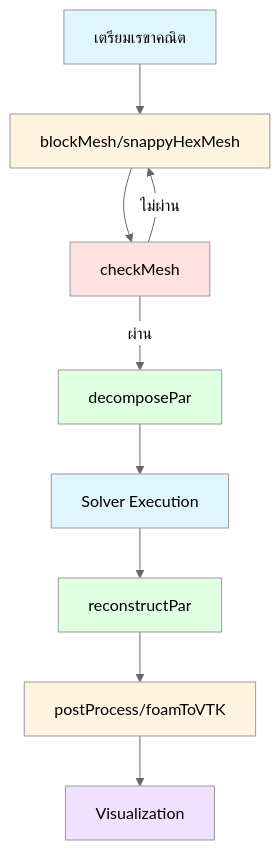
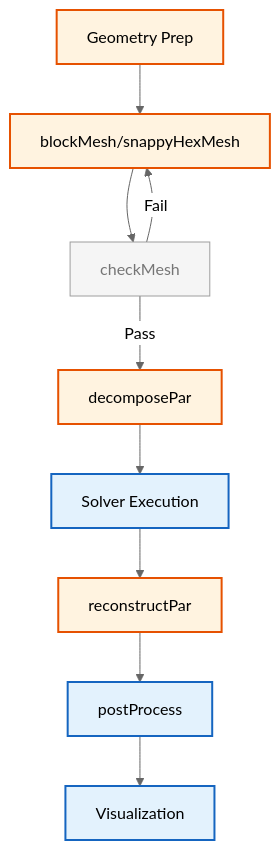
One commit to wramet/build-my-cfd changed the diagram in MODULE_07_UTILITIES_AUTOMATION/CONTENT/08_EXPERT_UTILITIES/01_Overview.md. Above: the diagram before and after it, drawn with Mermaid (neutral theme). The commit also changed 313 other files, not shown here.

Commit message:
Revise all diagram

````diff
--- a/MODULE_07_UTILITIES_AUTOMATION/CONTENT/08_EXPERT_UTILITIES/01_Overview.md
+++ b/MODULE_07_UTILITIES_AUTOMATION/CONTENT/08_EXPERT_UTILITIES/01_Overview.md
@@ -417,20 +417,16 @@
 ```mermaid
 flowchart TD
-    A[เตรียมเรขาคณิต] --> B[blockMesh/snappyHexMesh]
-    B --> C[checkMesh]
-    C -->|ผ่าน| D[decomposePar]
-    C -->|ไม่ผ่าน| B
-    D --> E[Solver Execution]
-    E --> F[reconstructPar]
-    F --> G[postProcess/foamToVTK]
-    G --> H[Visualization]
-
-    style A fill:#e1f5ff
-    style B fill:#fff4e1
-    style C fill:#ffe1e1
-    style D fill:#e1ffe1
-    style E fill:#e1f5ff
-    style F fill:#e1ffe1
-    style G fill:#fff4e1
-    style H fill:#f0e1ff
+%% Classes
+classDef explicit fill:#fff3e0,stroke:#e65100,stroke-width:2px;
+classDef implicit fill:#e3f2fd,stroke:#1565c0,stroke-width:2px;
+classDef context fill:#f5f5f5,stroke:#9e9e9e,stroke-width:1px,color:#757575;
+%% Nodes
+A[Geometry Prep]:::explicit --> B[blockMesh/snappyHexMesh]:::explicit
+B --> C[checkMesh]:::context
+C -->|Pass| D[decomposePar]:::explicit
+C -->|Fail| B
+D --> E[Solver Execution]:::implicit
+E --> F[reconstructPar]:::explicit
+F --> G[postProcess]:::implicit
+G --> H[Visualization]:::implicit
 ```
````
